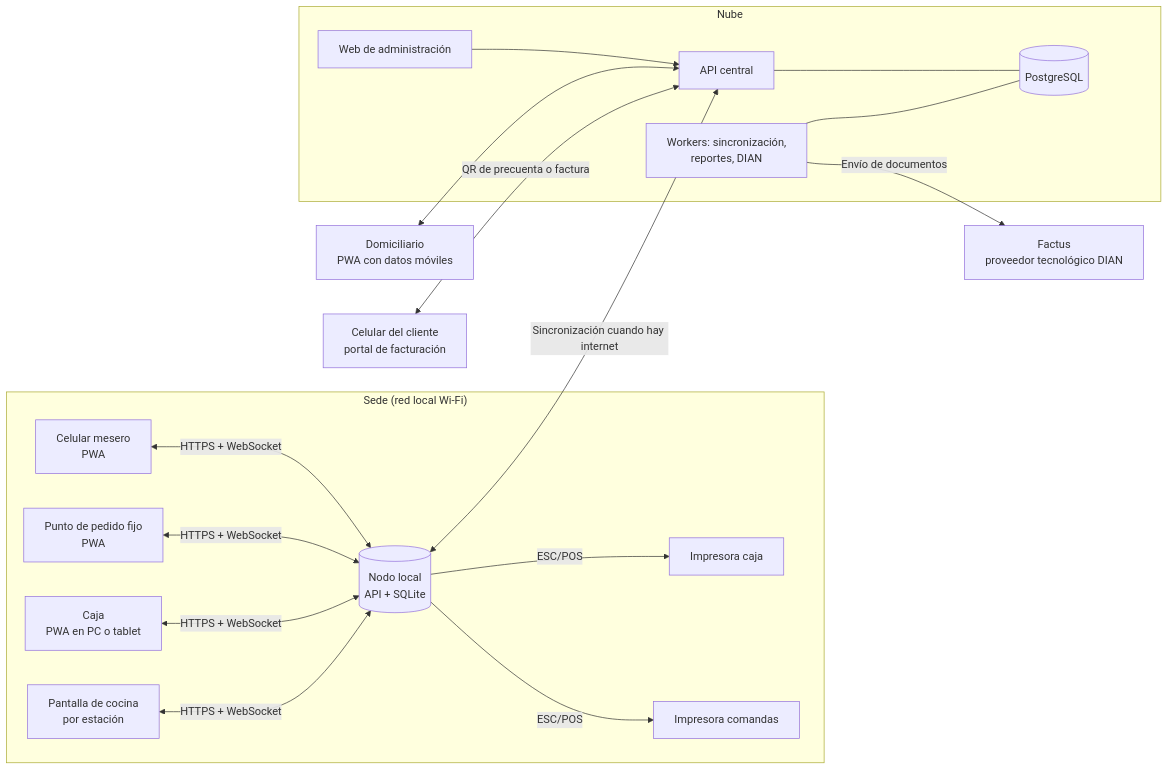
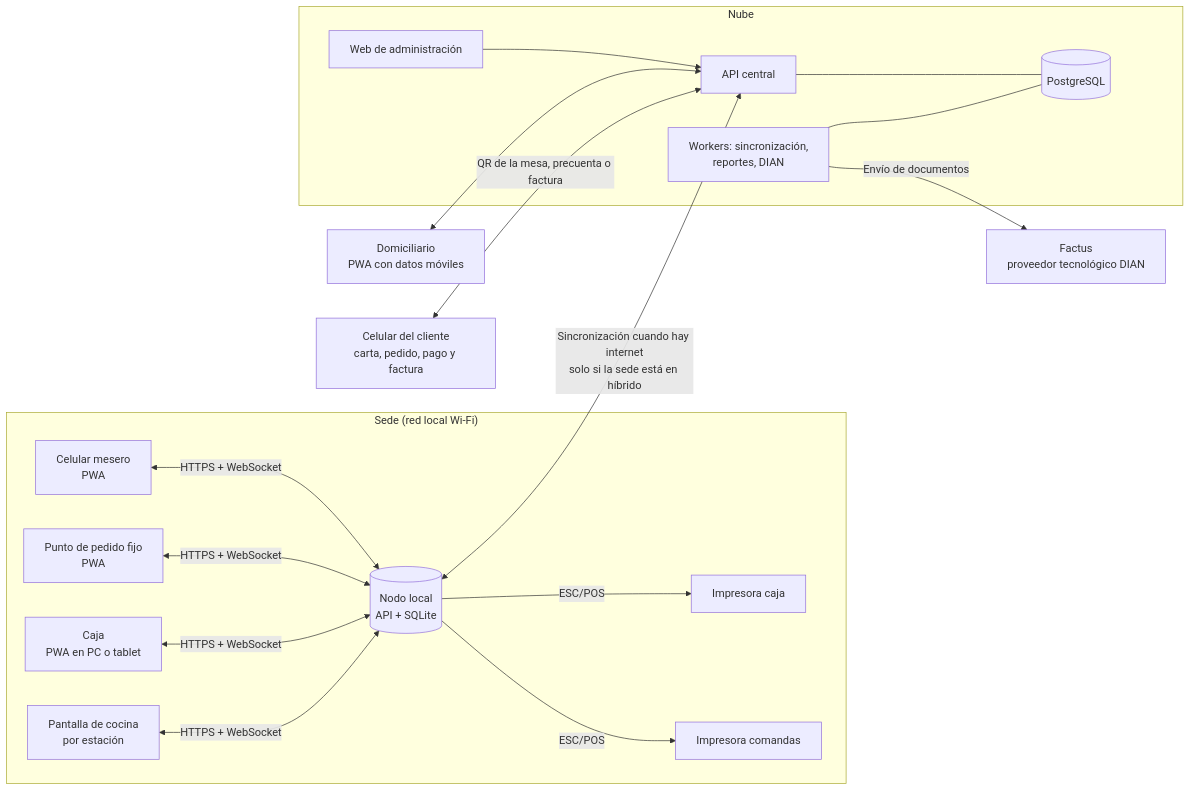
The first of 6 diagrams in docs/trd/TRD-00-arquitectura-base.md (CesarJOtizM/blackHole), drawn with Mermaid before and after one commit. The commit also changed other lines of this file and 9 other files, not shown here.

Commit message:
Update documentation for modules M0 to M3, enhancing details on hybrid operation, QR-based ordering and payment processes, and versioning. Adjusted flow diagrams and descriptions to reflect new functionalities and improved clarity on system behavior during internet outages.

````diff
--- a/docs/trd/TRD-00-arquitectura-base.md
+++ b/docs/trd/TRD-00-arquitectura-base.md
@@ -39,32 +40,32 @@
 ```mermaid
 flowchart LR
     subgraph Sede["Sede (red local Wi-Fi)"]
         M1[Celular mesero<br/>PWA]
         M2[Punto de pedido fijo<br/>PWA]
         C[Caja<br/>PWA en PC o tablet]
         K[Pantalla de cocina<br/>por estación]
         N[(Nodo local<br/>API + SQLite)]
         P1[Impresora caja]
         P2[Impresora comandas]
         M1 & M2 & C & K <-->|HTTPS + WebSocket| N
         N -->|ESC/POS| P1 & P2
     end
 
     subgraph Nube
         API[API central]
         DB[(PostgreSQL)]
         ADM[Web de administración]
         W[Workers: sincronización,<br/>reportes, DIAN]
         API --- DB
         W --- DB
         ADM --> API
     end
 
     DIAN[Factus<br/>proveedor tecnológico DIAN]
     D[Domiciliario<br/>PWA con datos móviles]
 
-    N <-->|Sincronización cuando hay internet| API
+    N <-->|Sincronización cuando hay internet<br/>solo si la sede está en híbrido| API
     W -->|Envío de documentos| DIAN
     D <--> API
-    CL[Celular del cliente<br/>portal de facturación] <-->|QR de precuenta o factura| API
+    CL[Celular del cliente<br/>carta, pedido, pago y factura] <-->|QR de la mesa, precuenta o factura| API
 ```
````
